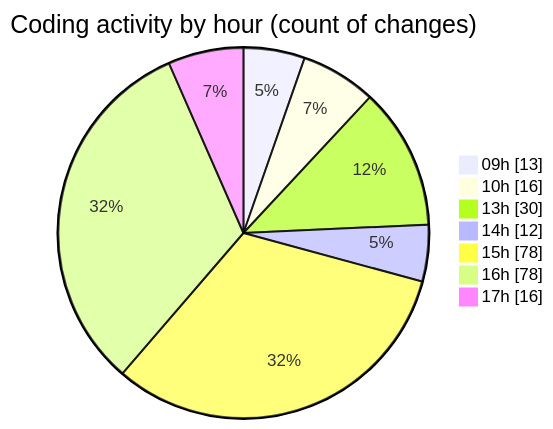
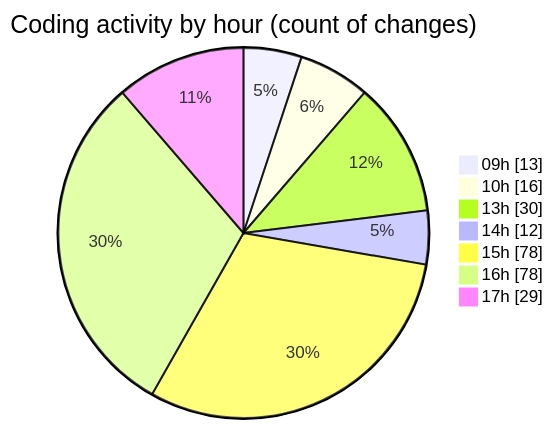
One commit to momahboobian/code-tracking changed the second of 2 diagrams in 2025-03-31/cda/README.md. Above: the diagram before and after it, drawn with Mermaid. The commit also changed other lines of this file and 1 other file, not shown here.

````diff
--- a/2025-03-31/cda/README.md
+++ b/2025-03-31/cda/README.md
@@ -50,11 +50,11 @@
 ```mermaid
 pie showData
 title Coding activity by hour (count of changes)
 "09h" : 13
 "10h" : 16
 "13h" : 30
 "14h" : 12
 "15h" : 78
 "16h" : 78
-"17h" : 16
+"17h" : 29
 ```
````
